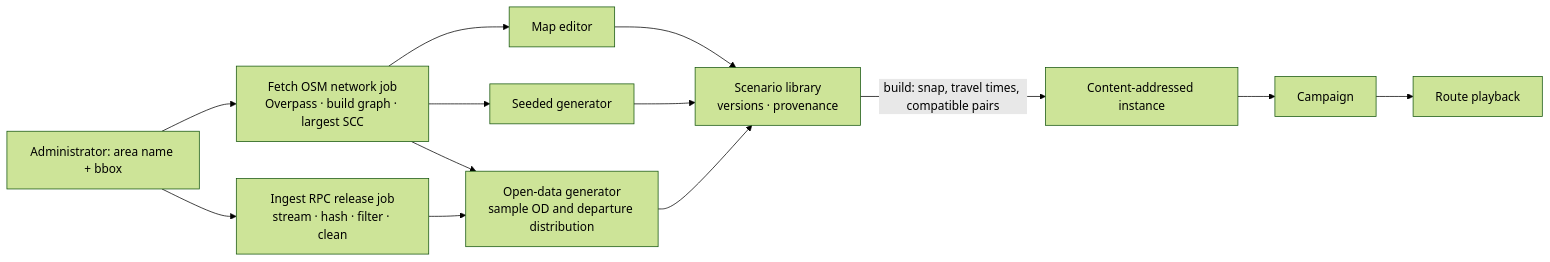
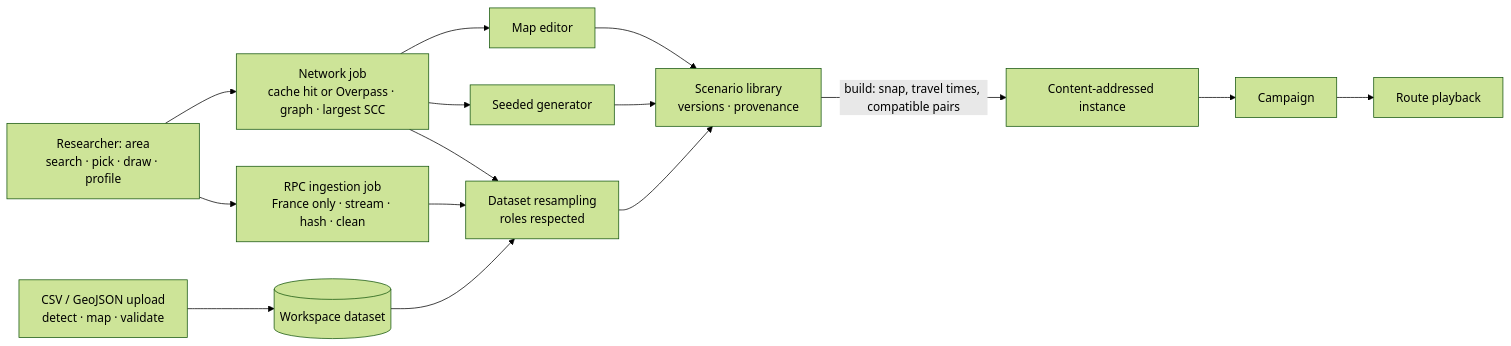
The third of 3 diagrams in docs/ARCHITECTURE.md (OkbaBenatia/move-openlab-framework), drawn with Mermaid (forest theme) before and after one commit. The commit also changed other lines of this file and 13 other files, not shown here.

````diff
--- a/docs/ARCHITECTURE.md
+++ b/docs/ARCHITECTURE.md
@@ -76,12 +78,14 @@
 ```mermaid
 flowchart LR
-  A[Administrator: area name + bbox] --> N[Fetch OSM network job<br/>Overpass · build graph · largest SCC]
-  A --> D[Ingest RPC release job<br/>stream · hash · filter · clean]
+  A[Researcher: area<br/>search · pick · draw · profile] --> N[Network job<br/>cache hit or Overpass · graph · largest SCC]
+  A --> D[RPC ingestion job<br/>France only · stream · hash · clean]
+  U[CSV / GeoJSON upload<br/>detect · map · validate] --> T[(Workspace dataset)]
   N --> E[Map editor]
   N --> Gs[Seeded generator]
-  D --> Ge[Open-data generator<br/>sample OD and departure distribution]
+  D --> Ge[Dataset resampling<br/>roles respected]
+  T --> Ge
   N --> Ge
   E & Gs & Ge --> L[Scenario library<br/>versions · provenance]
   L -->|build: snap, travel times, compatible pairs| I[Content-addressed instance]
   I --> C[Campaign] --> P[Route playback]
 ```
````
